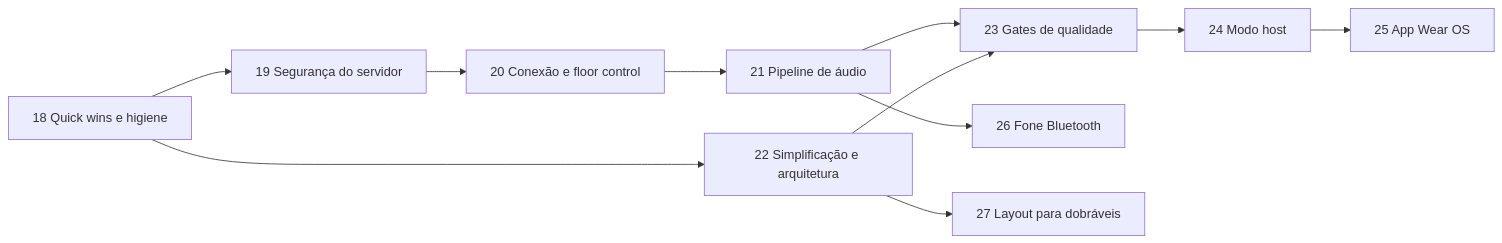
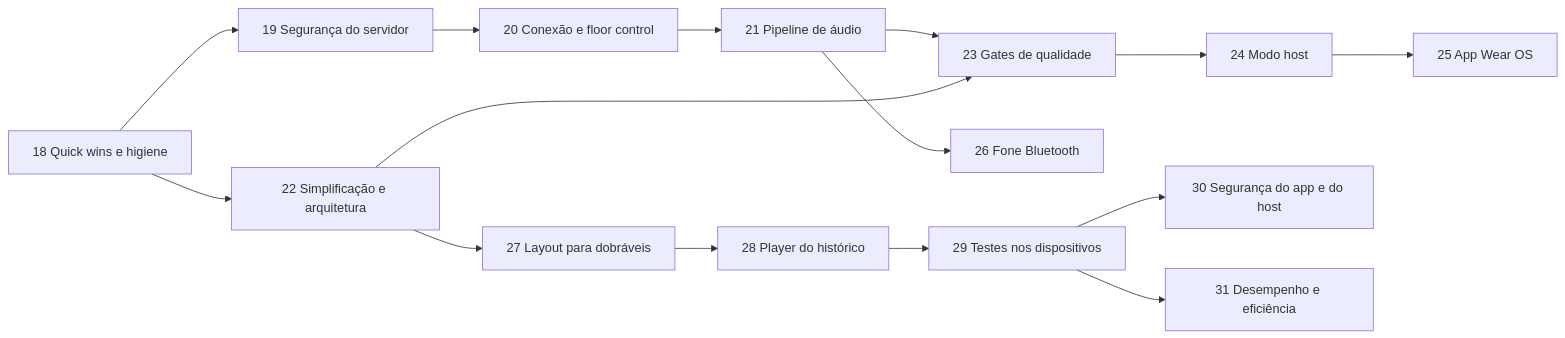
One commit to rcleandro/ptt-lan changed the diagram in docs/ROADMAP_MELHORIAS.md. Above: the diagram before and after it, drawn with Mermaid. The commit also changed other lines of this file, not shown here.

Commit message:
docs: add phases 28 to 31 to the roadmap

````diff
--- a/docs/ROADMAP_MELHORIAS.md
+++ b/docs/ROADMAP_MELHORIAS.md
@@ -28,13 +28,17 @@
 ```mermaid
 graph LR
     F18[18 Quick wins e higiene] --> F19[19 Segurança do servidor]
     F19 --> F20[20 Conexão e floor control]
     F20 --> F21[21 Pipeline de áudio]
     F18 --> F22[22 Simplificação e arquitetura]
     F21 --> F23[23 Gates de qualidade]
     F22 --> F23
     F23 --> F24[24 Modo host]
     F24 --> F25[25 App Wear OS]
     F21 --> F26[26 Fone Bluetooth]
     F22 --> F27[27 Layout para dobráveis]
+    F27 --> F28[28 Player do histórico]
+    F28 --> F29[29 Testes nos dispositivos]
+    F29 --> F30[30 Segurança do app e do host]
+    F29 --> F31[31 Desempenho e eficiência]
 ```
````
